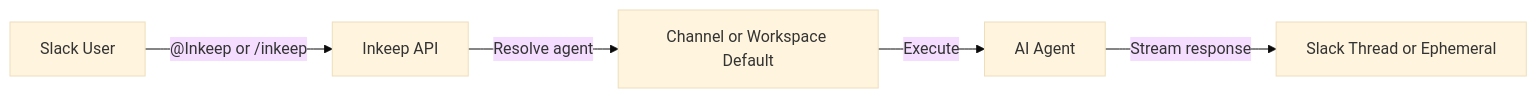
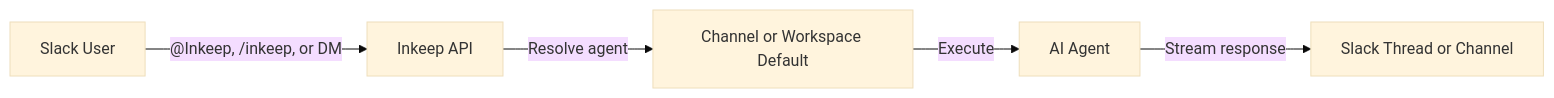
The diagram in agents-docs/content/talk-to-your-agents/slack/overview.mdx (inkeep/agents), drawn with Mermaid (base theme) before and after one commit. The commit also changed other lines of this file and 3 other files, not shown here.

````diff
--- a/agents-docs/content/talk-to-your-agents/slack/overview.mdx
+++ b/agents-docs/content/talk-to-your-agents/slack/overview.mdx
@@ -29,7 +29,7 @@
 ```mermaid
 graph LR
-    A[Slack User] -->|"@Inkeep or /inkeep"| B[Inkeep API]
+    A[Slack User] -->|"@Inkeep, /inkeep, or DM"| B[Inkeep API]
     B -->|Resolve agent| C[Channel or Workspace Default]
     C -->|Execute| D[AI Agent]
-    D -->|Stream response| E[Slack Thread or Ephemeral]
+    D -->|Stream response| E[Slack Thread or Channel]
 ```
````
